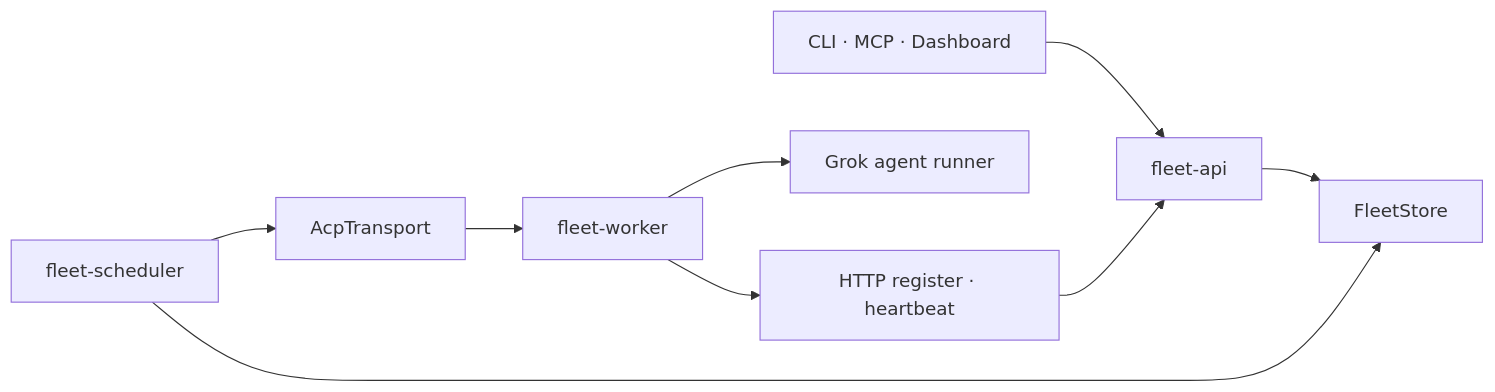
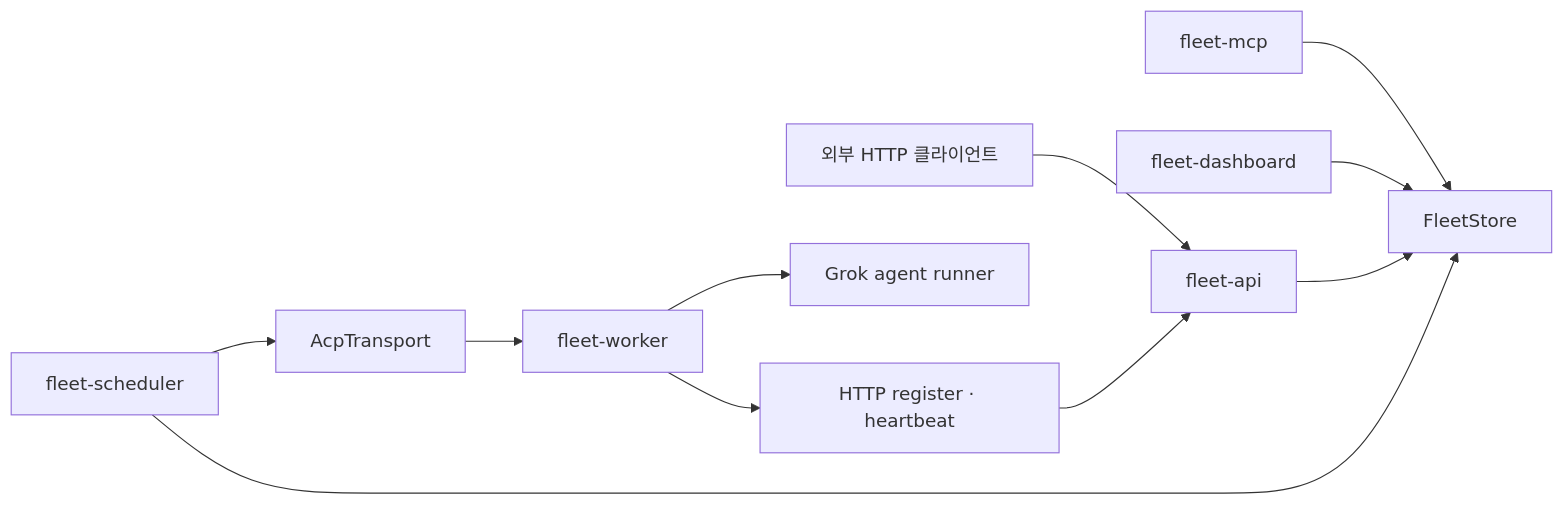
The diagram in docs/architecture/implementation-reference.md (yarang/grok-fleet-orchestrator), drawn with Mermaid before and after one commit. The commit also changed other lines of this file and 2 other files, not shown here.

````diff
--- a/docs/architecture/implementation-reference.md
+++ b/docs/architecture/implementation-reference.md
@@ -20,11 +20,13 @@
 ```mermaid
 flowchart LR
-    Client["CLI · MCP · Dashboard"] --> API["fleet-api"]
-    API --> Store["FleetStore"]
+    HttpClient["외부 HTTP 클라이언트"] --> API["fleet-api"]
+    MCP["fleet-mcp"] --> Store["FleetStore"]
+    Dash["fleet-dashboard"] --> Store
+    API --> Store
     Scheduler["fleet-scheduler"] --> Store
     Scheduler --> Transport["AcpTransport"]
     Transport --> Worker["fleet-worker"]
     Worker --> Runner["Grok agent runner"]
     Worker --> Register["HTTP register · heartbeat"]
     Register --> API
 ```
````
